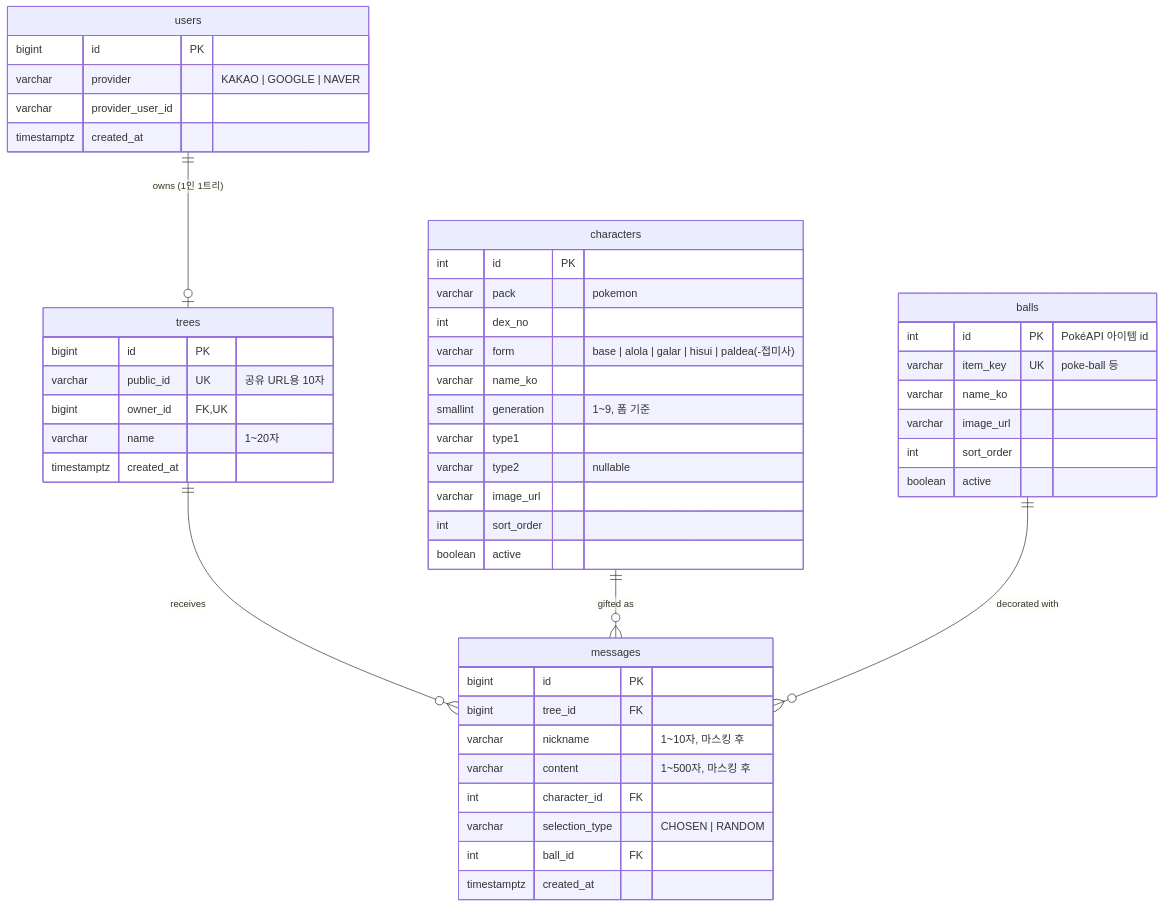
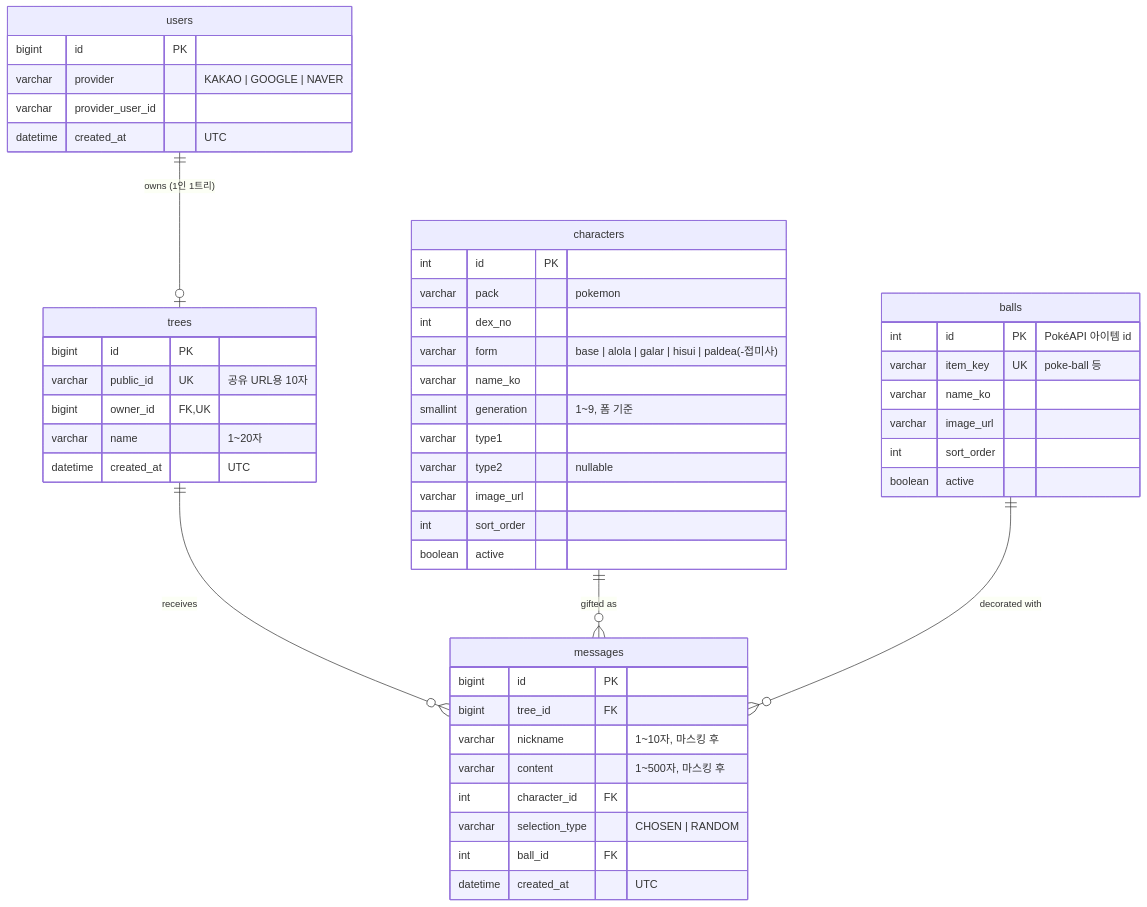
Before and after one commit to Pevelovers/poke-letter: the diagram in docs/product/erd.md, drawn with Mermaid. The commit also changed other lines of this file and 12 other files, not shown here.

````diff
--- a/docs/product/erd.md
+++ b/docs/product/erd.md
@@ -8,52 +8,52 @@
 ```mermaid
 erDiagram
     users ||--o| trees : "owns (1인 1트리)"
     trees ||--o{ messages : "receives"
     characters ||--o{ messages : "gifted as"
     balls ||--o{ messages : "decorated with"
 
     users {
         bigint id PK
         varchar provider "KAKAO | GOOGLE | NAVER"
         varchar provider_user_id
-        timestamptz created_at
+        datetime created_at "UTC"
     }
     trees {
         bigint id PK
         varchar public_id UK "공유 URL용 10자"
         bigint owner_id FK,UK
         varchar name "1~20자"
-        timestamptz created_at
+        datetime created_at "UTC"
     }
     messages {
         bigint id PK
         bigint tree_id FK
         varchar nickname "1~10자, 마스킹 후"
         varchar content "1~500자, 마스킹 후"
         int character_id FK
         varchar selection_type "CHOSEN | RANDOM"
         int ball_id FK
-        timestamptz created_at
+        datetime created_at "UTC"
     }
     characters {
         int id PK
         varchar pack "pokemon"
         int dex_no
         varchar form "base | alola | galar | hisui | paldea(-접미사)"
         varchar name_ko
         smallint generation "1~9, 폼 기준"
         varchar type1
         varchar type2 "nullable"
         varchar image_url
         int sort_order
         boolean active
     }
     balls {
         int id PK "PokéAPI 아이템 id"
         varchar item_key UK "poke-ball 등"
         varchar name_ko
         varchar image_url
         int sort_order
         boolean active
     }
 ```
````
